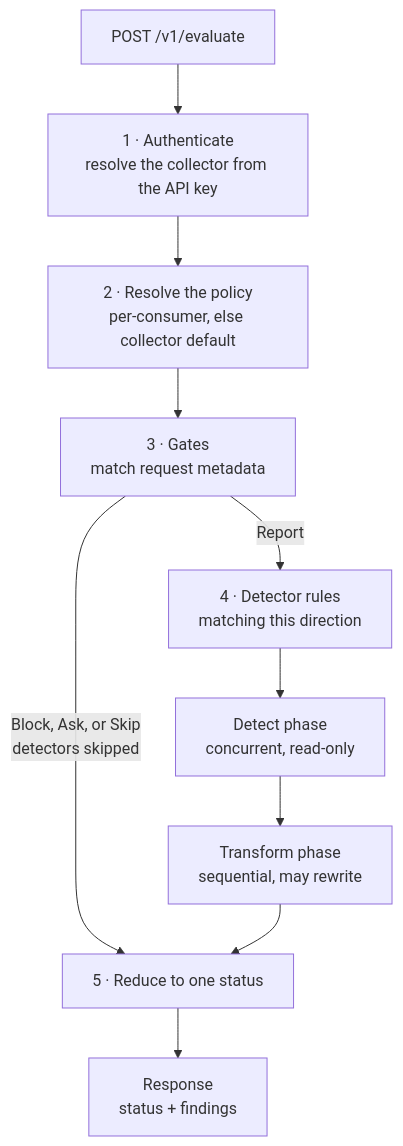
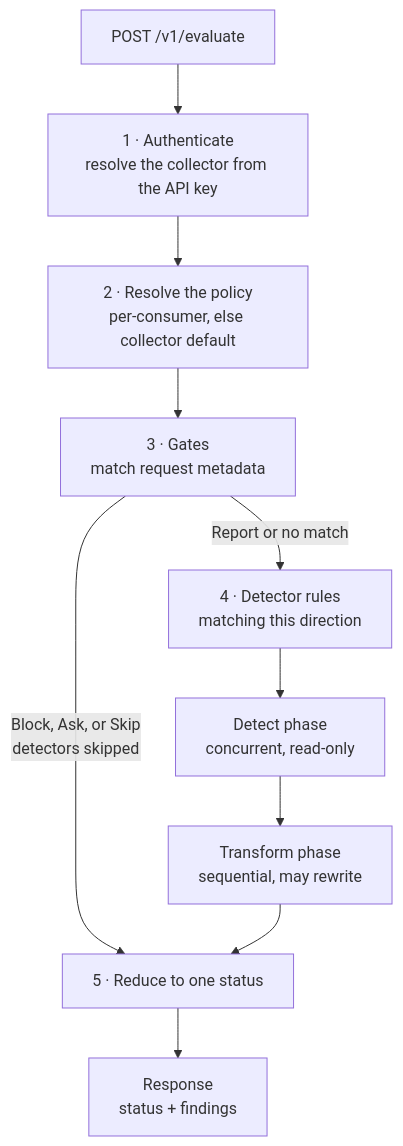
Before and after one commit to NeuralTrust/docs: the diagram in trustguard/api/evaluate.mdx, drawn with Mermaid. The commit also changed other lines of this file and 1 other file, not shown here.

First line of the commit message:
docs(trustguard): Skip returns gate_skip and Report continues

````diff
--- a/trustguard/api/evaluate.mdx
+++ b/trustguard/api/evaluate.mdx
@@ -182,12 +182,12 @@
 ```mermaid
 flowchart TD
   REQ[POST /v1/evaluate] --> AUTH[1 · Authenticate<br/>resolve the collector from the API key]
   AUTH --> POL[2 · Resolve the policy<br/>per-consumer, else collector default]
   POL --> GATES[3 · Gates<br/>match request metadata]
   GATES -->|Block, Ask, or Skip<br/>detectors skipped| RED[5 · Reduce to one status]
-  GATES -->|Report| RULES[4 · Detector rules<br/>matching this direction]
+  GATES -->|Report or no match| RULES[4 · Detector rules<br/>matching this direction]
   RULES --> DETECT[Detect phase<br/>concurrent, read-only]
   DETECT --> XFORM[Transform phase<br/>sequential, may rewrite]
   XFORM --> RED
   RED --> RESP[Response<br/>status + findings]
 ```
````
